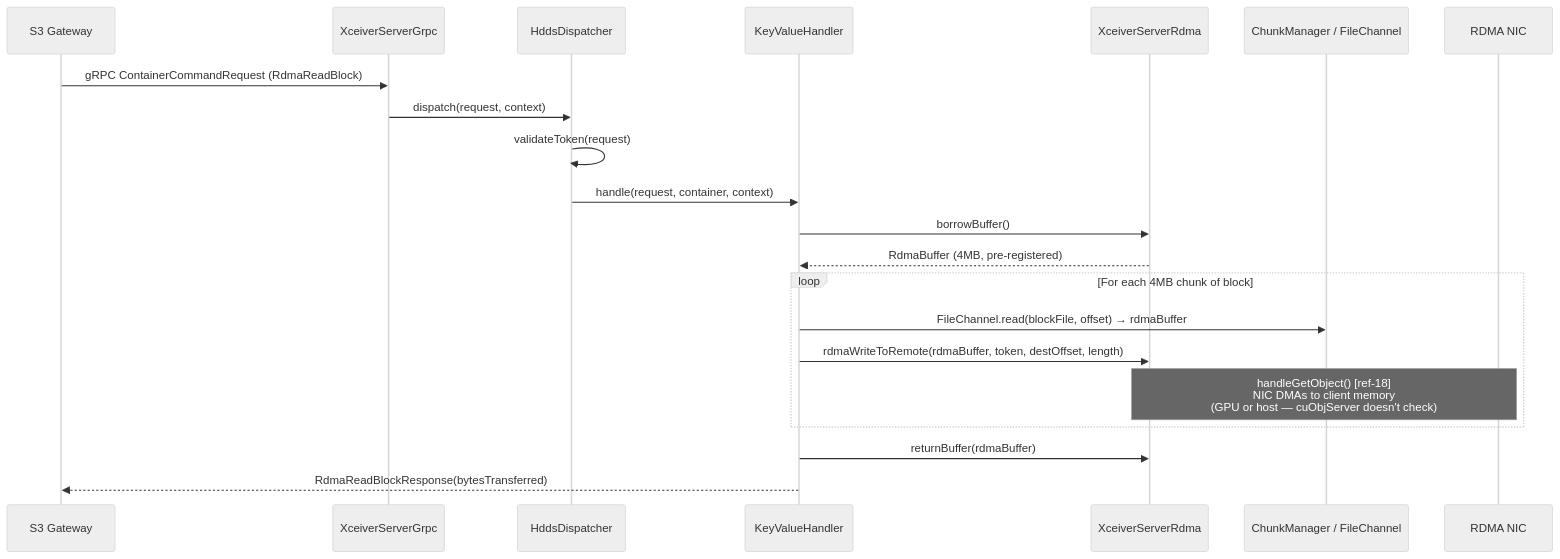
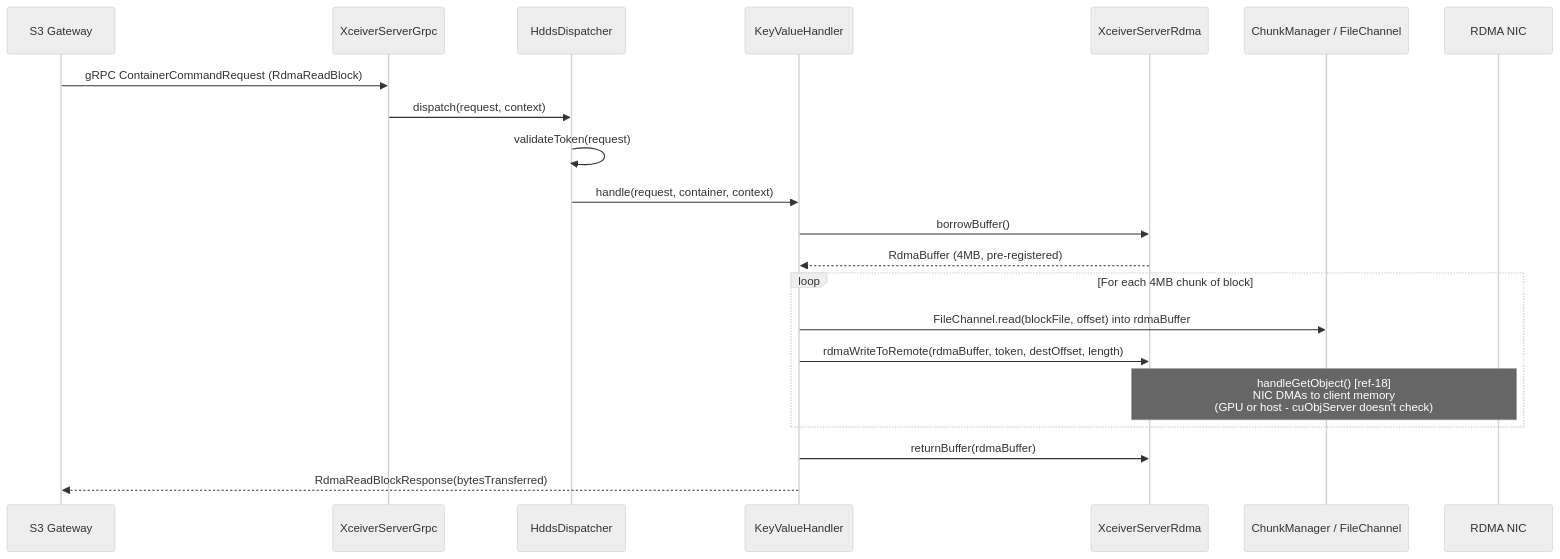
One commit to ptlrs/ozone changed the sixth of 6 diagrams in docs/gds-dn-direct-rdma-implementation-spec.md. Above: the diagram before and after it, drawn with Mermaid (neutral theme). The commit also changed other lines of this file, not shown here.

Commit message:
GPUDIRECT. Update GPUDirect Storage spec to v8.0 with validation status, known limitations, fixes for prior inaccuracies, enhanced cloud testing environments, and updated architectural flows

````diff
--- a/docs/gds-dn-direct-rdma-implementation-spec.md
+++ b/docs/gds-dn-direct-rdma-implementation-spec.md
@@ -608,26 +505,26 @@
 ```mermaid
 sequenceDiagram
   participant GW as S3 Gateway
   participant GRPC as XceiverServerGrpc
   participant Disp as HddsDispatcher
   participant KVH as KeyValueHandler
   participant RDMA as XceiverServerRdma
   participant Disk as ChunkManager / FileChannel
   participant NIC as RDMA NIC
 
   GW ->> GRPC: gRPC ContainerCommandRequest (RdmaReadBlock)
   GRPC ->> Disp: dispatch(request, context)
   Disp ->> Disp: validateToken(request)
   Disp ->> KVH: handle(request, container, context)
   KVH ->> RDMA: borrowBuffer()
   RDMA -->> KVH: RdmaBuffer (4MB, pre-registered)
 
   loop For each 4MB chunk of block
-    KVH ->> Disk: FileChannel.read(blockFile, offset) → rdmaBuffer
+    KVH ->> Disk: FileChannel.read(blockFile, offset) into rdmaBuffer
     KVH ->> RDMA: rdmaWriteToRemote(rdmaBuffer, token, destOffset, length)
-    Note over RDMA,NIC: handleGetObject() [ref-18]<br/>NIC DMAs to client memory<br/>(GPU or host — cuObjServer doesn't check)
+    Note over RDMA,NIC: handleGetObject() [ref-18]<br/>NIC DMAs to client memory<br/>(GPU or host - cuObjServer doesn't check)
   end
 
   KVH ->> RDMA: returnBuffer(rdmaBuffer)
   KVH -->> GW: RdmaReadBlockResponse(bytesTransferred)
 ```
````
